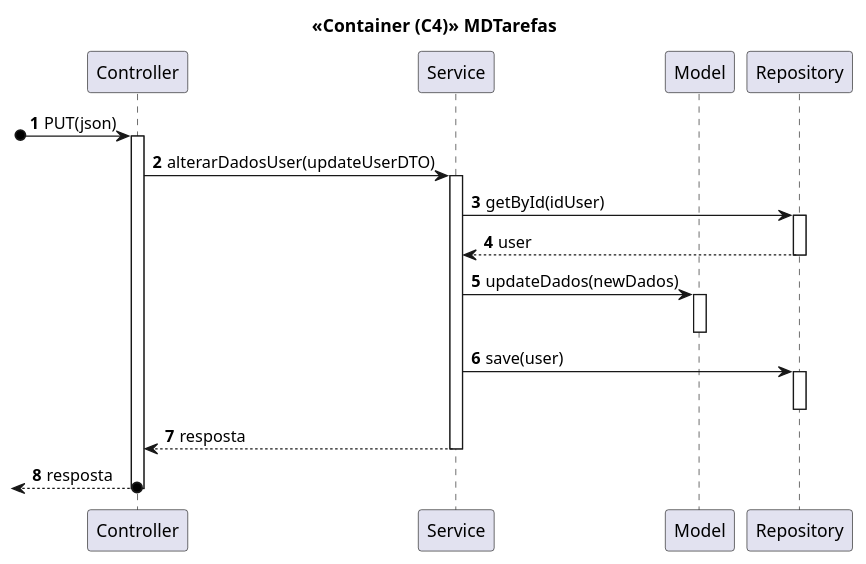
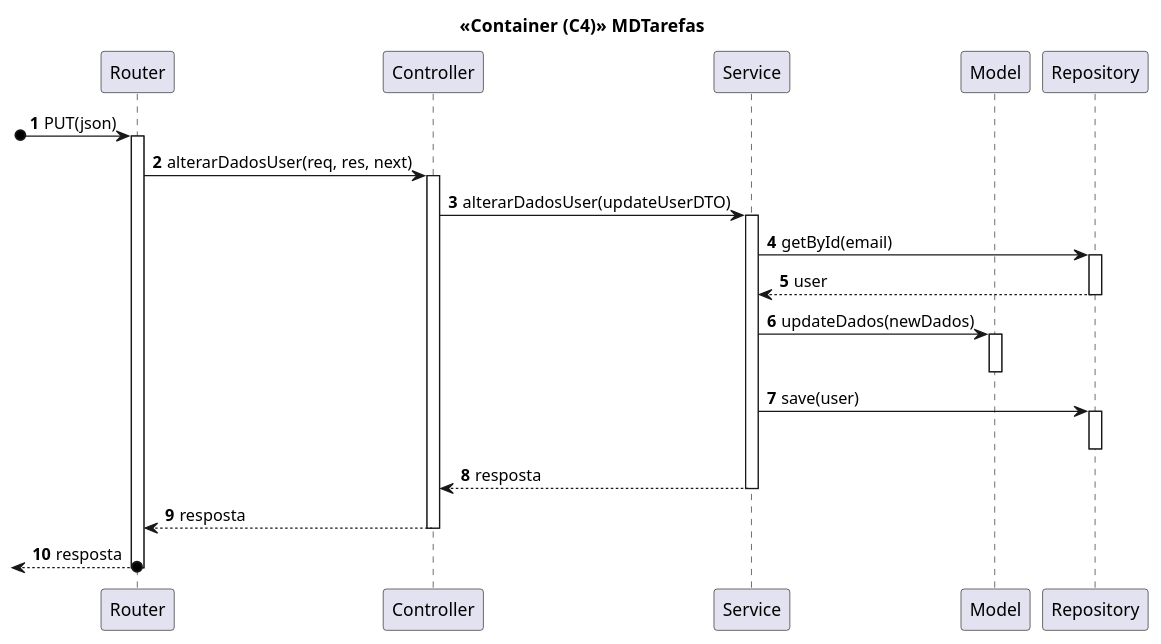
The diagram in docs/Sprint_C/US_100/US_100.2/N3/N3_VP.puml (SEM5PI2324G58/sem5pi_g58_23_24), drawn with PlantUML before and after one commit. The commit also changed 1 other file, not shown here.

```diff
--- a/docs/Sprint_C/US_100/US_100.2/N3/N3_VP.puml
+++ b/docs/Sprint_C/US_100/US_100.2/N3/N3_VP.puml
@@ -1,25 +1,29 @@
 autonumber
 
 title <<Container (C4)>> MDTarefas
 
+participant "Router" as router
 participant "Controller" as ctrl
 participant "Service" as service
 participant "Model" as domain
 participant "Repository" as repo
 
 
-[o-> ctrl: PUT(json)
+[o-> router: PUT(json)
+activate router
+router -> ctrl : alterarDadosUser(req, res, next)
 activate ctrl
 ctrl -> service: alterarDadosUser(updateUserDTO) 
 activate service
-service -> repo : getById(idUser)
+service -> repo : getById(email)
 activate repo
 return user
 service -> domain : updateDados(newDados)
 activate domain
 deactivate domain
 service -> repo : save(user)
 activate repo
 deactivate repo
 return resposta
 return resposta
+return resposta
```
